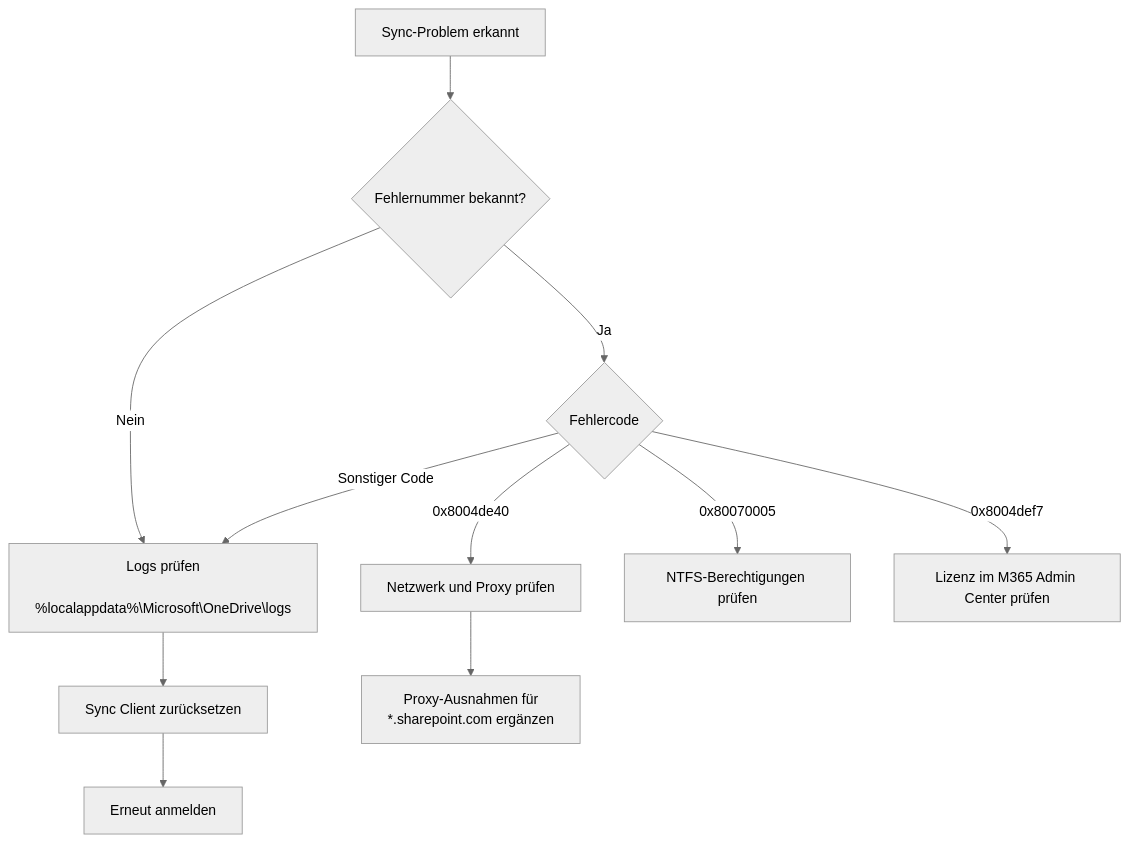
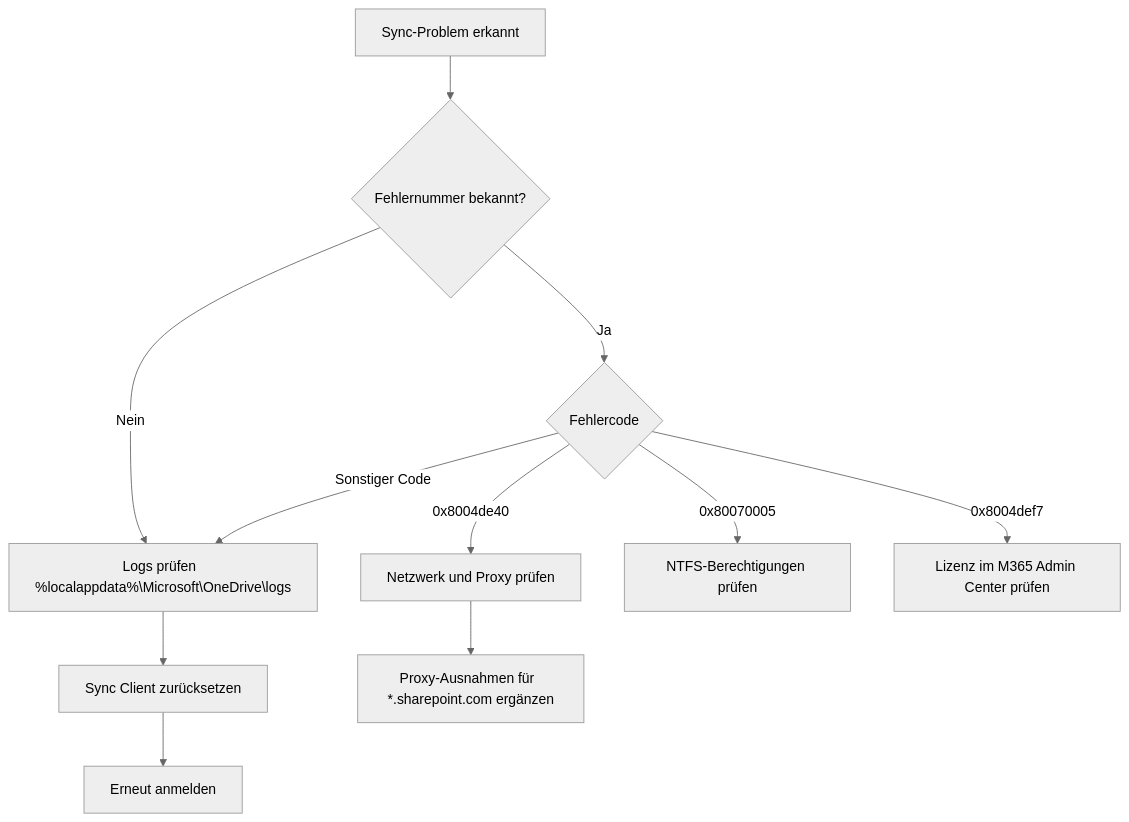
One commit to SoniiiT/notes-n-docs changed the second of 5 diagrams in Microsoft 365/SharePoint OneDrive/OneDrive for Business.md. Above: the diagram before and after it, drawn with Mermaid (neutral theme). The commit also changed other lines of this file and 124 other files, not shown here.

First line of the commit message:
fix: Entferne \n aus allen Mermaid-Diagrammen (125 Dateien)

````diff
--- a/Microsoft 365/SharePoint OneDrive/OneDrive for Business.md
+++ b/Microsoft 365/SharePoint OneDrive/OneDrive for Business.md
@@ -158,13 +158,13 @@
 ```mermaid
 flowchart TD
     A[Sync-Problem erkannt] --> B{Fehlernummer bekannt?}
     B -->|Ja| C{Fehlercode}
-    B -->|Nein| D[Logs prüfen\n %localappdata%\Microsoft\OneDrive\logs]
+    B -->|Nein| D[Logs prüfen  %localappdata%\Microsoft\OneDrive\logs]
     C -->|0x8004de40| E[Netzwerk und Proxy prüfen]
     C -->|0x80070005| F[NTFS-Berechtigungen prüfen]
     C -->|0x8004def7| G[Lizenz im M365 Admin Center prüfen]
     C -->|Sonstiger Code| D
     D --> H[Sync Client zurücksetzen]
     H --> I[Erneut anmelden]
-    E --> J[Proxy-Ausnahmen für\n *.sharepoint.com ergänzen]
+    E --> J[Proxy-Ausnahmen für  *.sharepoint.com ergänzen]
 ```
````
